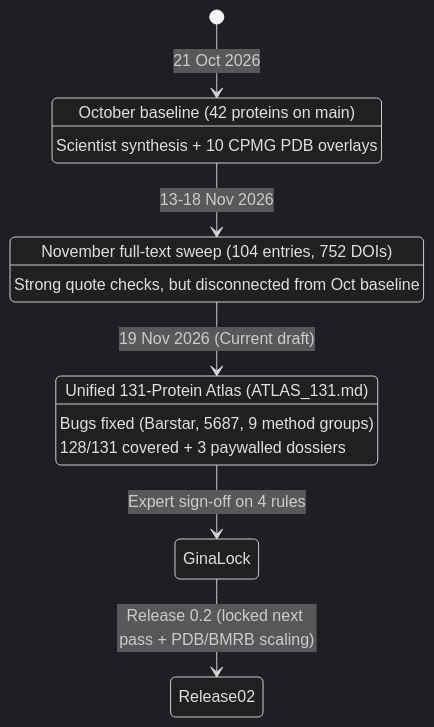
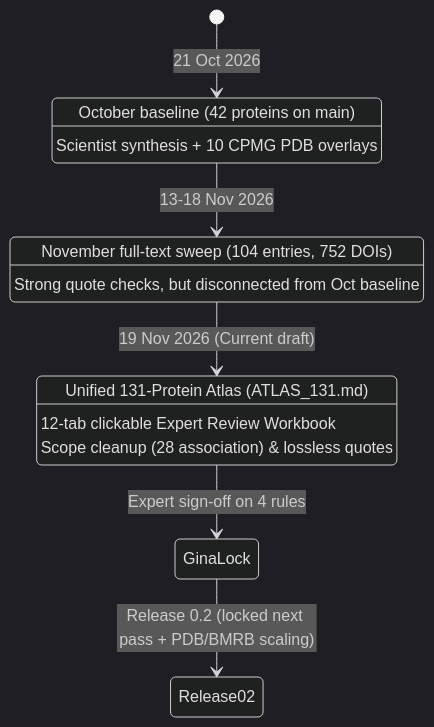
The diagram in methods/changes_since_v01.md (alex051107/dynamics-atlas-relaxdb), drawn with Mermaid (dark theme) before and after one commit. The commit also changed other lines of this file and 1 other file, not shown here.

Commit message:
Document physical-scope association cleanup and lossless leading-equals quote fix in bugs_and_fixes and changes_since_v01

````diff
--- a/methods/changes_since_v01.md
+++ b/methods/changes_since_v01.md
@@ -5,18 +5,18 @@
 ```mermaid
 stateDiagram-v2
     [*] --> OctBaseline: 21 Oct 2026
     OctBaseline: October baseline (42 proteins on main)
     OctBaseline: Scientist synthesis + 10 CPMG PDB overlays
 
     OctBaseline --> NovSweep: 13-18 Nov 2026
     NovSweep: November full-text sweep (104 entries, 752 DOIs)
     NovSweep: Strong quote checks, but disconnected from Oct baseline
 
     NovSweep --> Unified131: 19 Nov 2026 (Current draft)
     Unified131: Unified 131-Protein Atlas (ATLAS_131.md)
-    Unified131: Bugs fixed (Barstar, 5687, 9 method groups)
-    Unified131: 128/131 covered + 3 paywalled dossiers
+    Unified131: 12-tab clickable Expert Review Workbook
+    Unified131: Scope cleanup (28 association) & lossless quotes
 
     Unified131 --> GinaLock: Expert sign-off on 4 rules
     GinaLock --> Release02: Release 0.2 (locked next pass + PDB/BMRB scaling)
 ```
````
